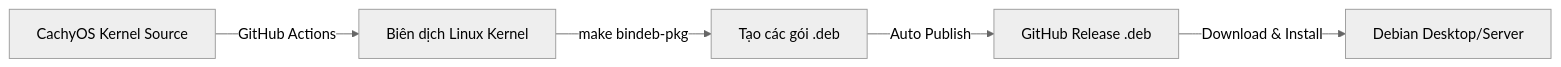
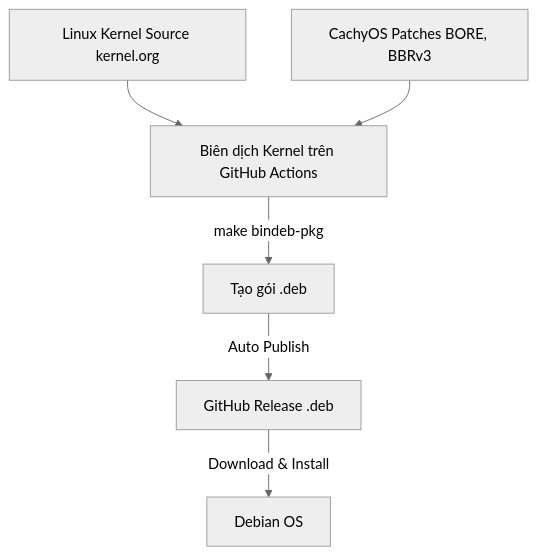
Before and after one commit to justlimorina/debian-cachy: the diagram in README.md, drawn with Mermaid (neutral theme). The commit also changed other lines of this file and 2 other files, not shown here.

Commit message:
Fix kernel build script and workflow inputs

````diff
--- a/README.md
+++ b/README.md
@@ -9,7 +9,8 @@
 ```mermaid
-graph LR
-    A[CachyOS Kernel Source] -->|GitHub Actions| B[Biên dịch Linux Kernel]
-    B -->|make bindeb-pkg| C[Tạo các gói .deb]
-    C -->|Auto Publish| D[GitHub Release .deb]
-    D -->|Download & Install| E[Debian Desktop/Server]
+graph TD
+    A[Linux Kernel Source kernel.org] --> C[Biên dịch Kernel trên GitHub Actions]
+    B[CachyOS Patches BORE, BBRv3] --> C
+    C -->|make bindeb-pkg| D[Tạo gói .deb]
+    D -->|Auto Publish| E[GitHub Release .deb]
+    E -->|Download & Install| F[Debian OS]
 ```
````
